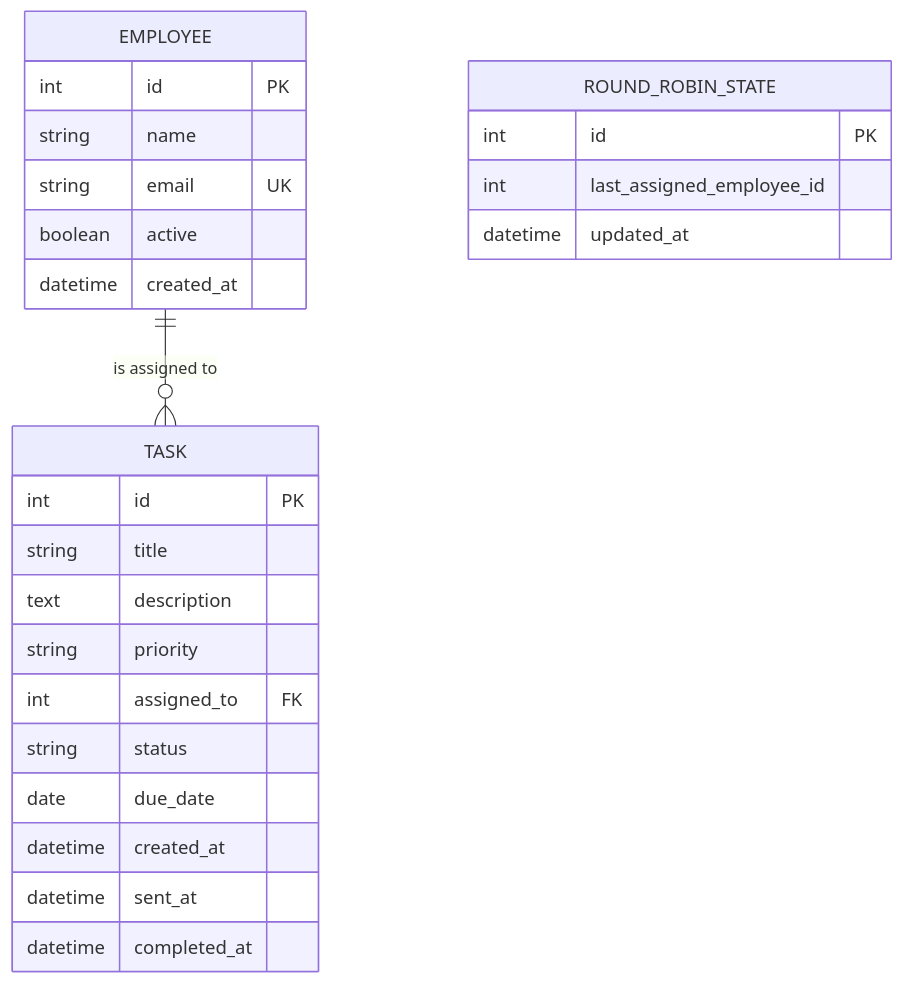
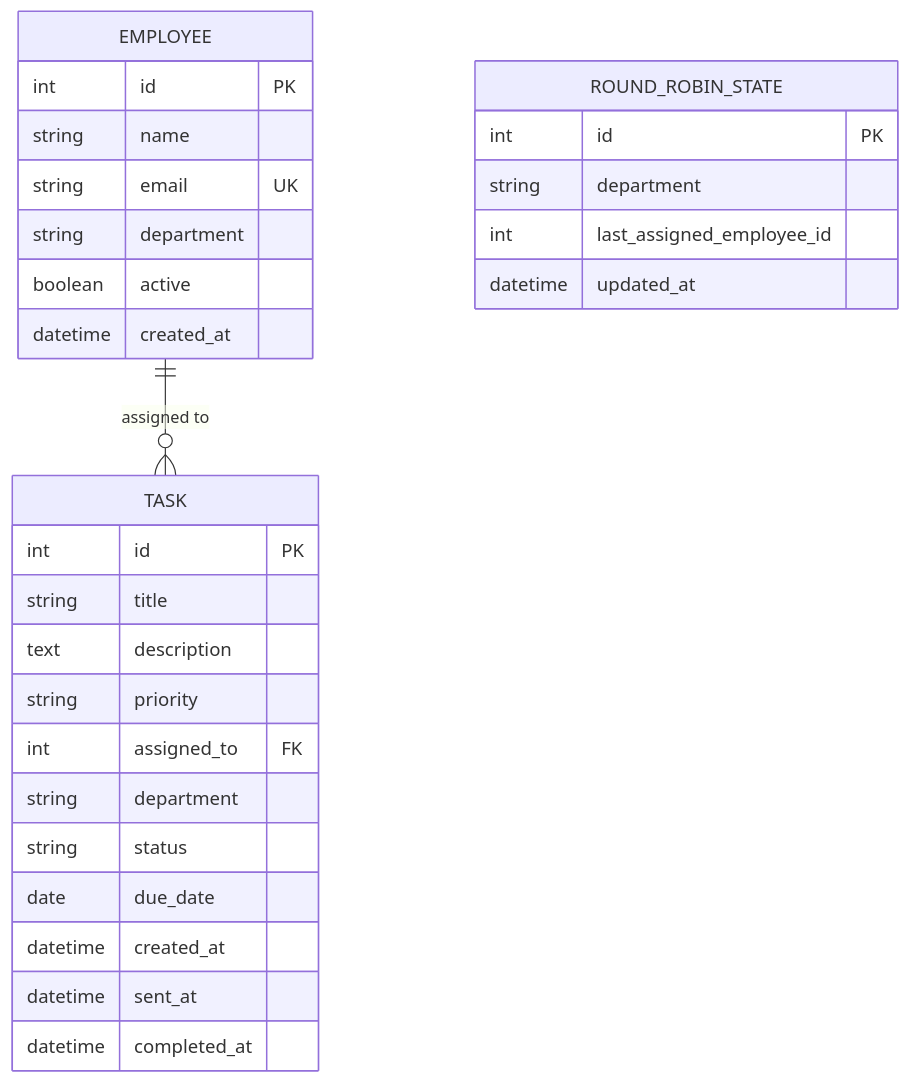
Before and after one commit to budigeashwinigoud-glitch/Email-Automation: the diagram in README.md, drawn with Mermaid. The commit also changed other lines of this file, not shown here.

Commit message:
docs: update README with completed deliverables, department architecture, and teammate integration contract

````diff
--- a/README.md
+++ b/README.md
@@ -144,28 +120,31 @@
 ```mermaid
 erDiagram
-    EMPLOYEE ||--o{ TASK : "is assigned to"
+    EMPLOYEE ||--o{ TASK : "assigned to"
     EMPLOYEE {
         int id PK
         string name
         string email UK
+        string department
         boolean active
         datetime created_at
     }
     TASK {
         int id PK
         string title
         text description
         string priority
         int assigned_to FK
+        string department
         string status
         date due_date
         datetime created_at
         datetime sent_at
         datetime completed_at
     }
     ROUND_ROBIN_STATE {
         int id PK
+        string department
         int last_assigned_employee_id
         datetime updated_at
     }
 ```
````
